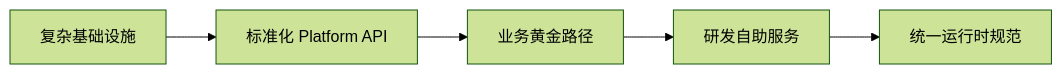
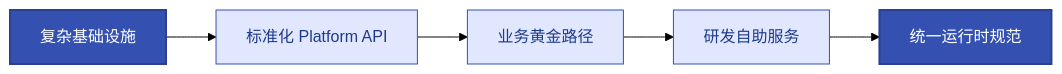
One commit to jackiesre721/ai-native-ops changed the diagram in docs/15-platform-engineering.md. Above: the diagram before and after it, drawn with Mermaid (forest theme). The commit also changed 9 other files, not shown here.

First line of the commit message:
viz: 全部 12 张 mermaid 图上语义色

````diff
--- a/docs/15-platform-engineering.md
+++ b/docs/15-platform-engineering.md
@@ -12,4 +12,8 @@
 ```mermaid
 flowchart LR
     A[复杂基础设施] --> B[标准化 Platform API] --> C[业务黄金路径] --> D[研发自助服务] --> E[统一运行时规范]
+    classDef start fill:#3451b2,color:#fff,stroke:#2a4090,stroke-width:2px
+    classDef proc fill:#e0e7ff,stroke:#3451b2,color:#1e3a8a
+    class A,E start
+    class B,C,D proc
 ```
````
